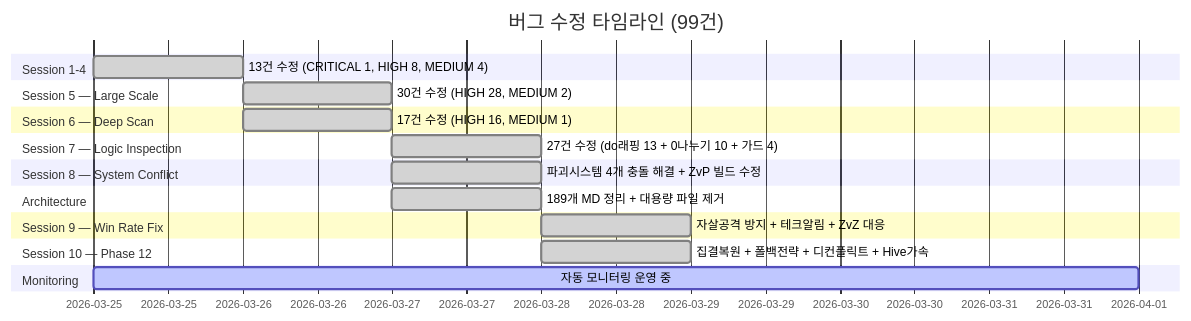
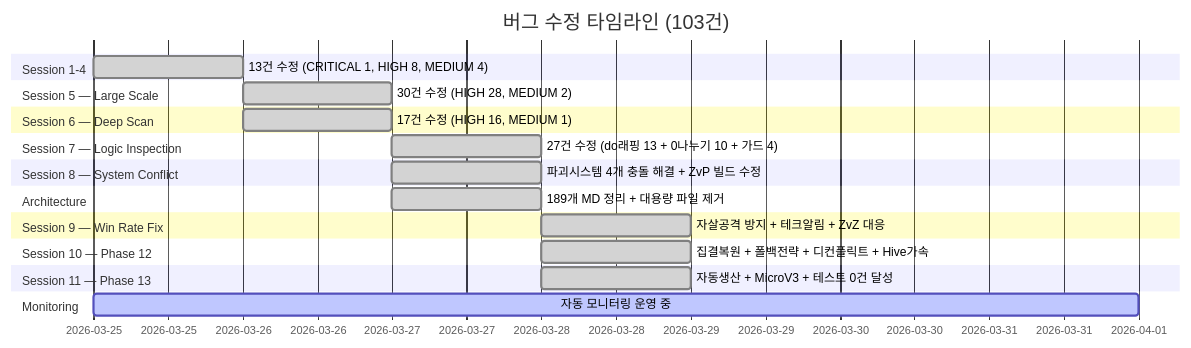
Diagram 23 of 31 in README.md (sun475300-sudo/Swarm-control-in-sc2bot), drawn with Mermaid before and after one commit. The commit also changed other lines of this file, not shown here.

First line of the commit message:
docs: README 업데이트 — Phase 13 반영 (테스트 0 failed, 103건 버그 수정)

````diff
--- a/README.md
+++ b/README.md
@@ -633,23 +633,25 @@
 ```mermaid
 gantt
-    title 버그 수정 타임라인 (99건)
+    title 버그 수정 타임라인 (103건)
     dateFormat YYYY-MM-DD
     section Session 1-4
         13건 수정 (CRITICAL 1, HIGH 8, MEDIUM 4)   :done, s1, 2026-03-25, 1d
     section Session 5 — Large Scale
         30건 수정 (HIGH 28, MEDIUM 2)              :done, s5, 2026-03-26, 1d
     section Session 6 — Deep Scan
         17건 수정 (HIGH 16, MEDIUM 1)              :done, s6, 2026-03-26, 1d
     section Session 7 — Logic Inspection
         27건 수정 (do래핑 13 + 0나누기 10 + 가드 4) :done, s7, 2026-03-27, 1d
     section Session 8 — System Conflict
         파괴시스템 4개 충돌 해결 + ZvP 빌드 수정    :done, s8, 2026-03-27, 1d
     section Architecture
         189개 MD 정리 + 대용량 파일 제거            :done, s9, 2026-03-27, 1d
     section Session 9 — Win Rate Fix
         자살공격 방지 + 테크알림 + ZvZ 대응         :done, s10, 2026-03-28, 1d
     section Session 10 — Phase 12
         집결복원 + 폴백전략 + 디컨플릭트 + Hive가속 :done, s11, 2026-03-28, 1d
+    section Session 11 — Phase 13
+        자동생산 + MicroV3 + 테스트 0건 달성       :done, s12, 2026-03-28, 1d
     section Monitoring
         자동 모니터링 운영 중                        :active, mon, 2026-03-25, 7d
 ```
````
